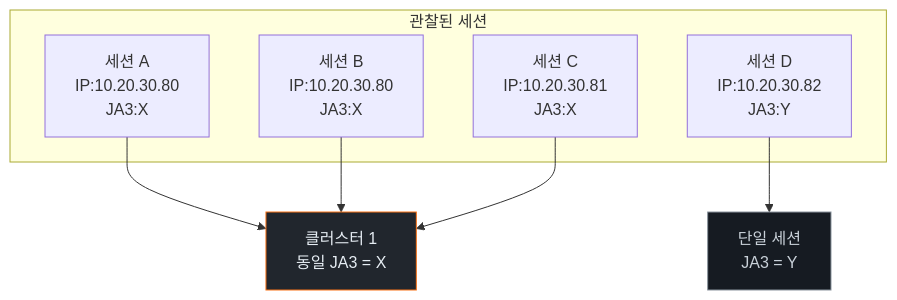
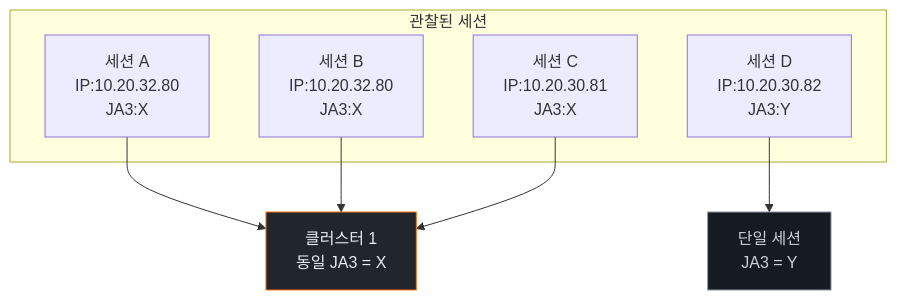
One commit to mrgrit/ccc changed the third of 6 diagrams in contents/standalone/lecture/agent-ir/week07.md. Above: the diagram before and after it, drawn with Mermaid. The commit also changed other lines of this file and 187 other files, not shown here.

````diff
--- a/contents/standalone/lecture/agent-ir/week07.md
+++ b/contents/standalone/lecture/agent-ir/week07.md
@@ -261,15 +261,15 @@
 ```mermaid
 flowchart TB
     subgraph Sessions["관찰된 세션"]
-      S1["세션 A<br/>IP:10.20.30.80<br/>JA3:X"]
-      S2["세션 B<br/>IP:10.20.30.80<br/>JA3:X"]
+      S1["세션 A<br/>IP:10.20.32.80<br/>JA3:X"]
+      S2["세션 B<br/>IP:10.20.32.80<br/>JA3:X"]
       S3["세션 C<br/>IP:10.20.30.81<br/>JA3:X"]
       S4["세션 D<br/>IP:10.20.30.82<br/>JA3:Y"]
     end
     C["클러스터 1<br/>동일 JA3 = X"]
     D["단일 세션<br/>JA3 = Y"]
     S1 & S2 & S3 --> C
     S4 --> D
     style C fill:#21262d,stroke:#f97316,color:#e6edf3
     style D fill:#161b22,stroke:#8b949e,color:#c9d1d9
 ```
````
